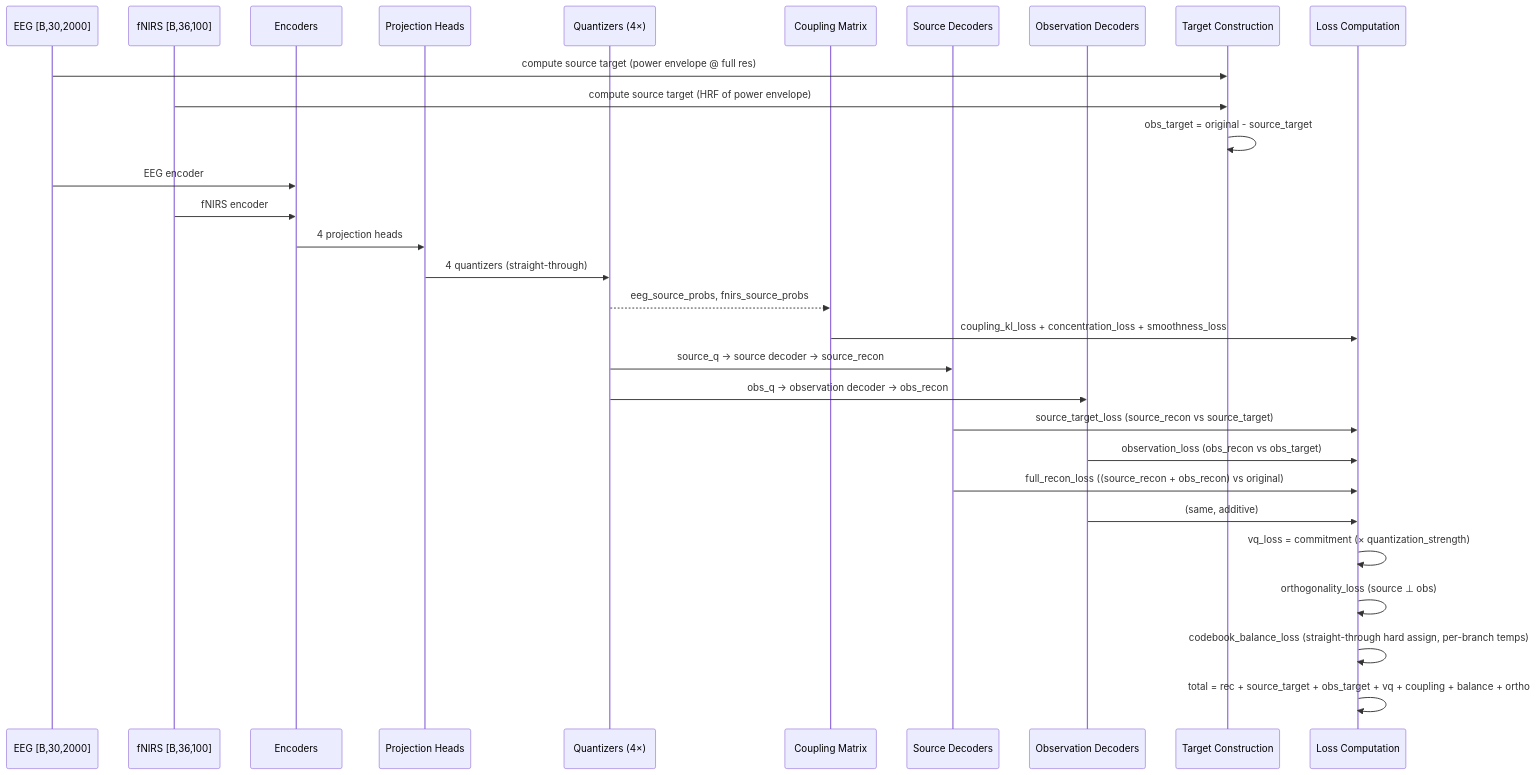
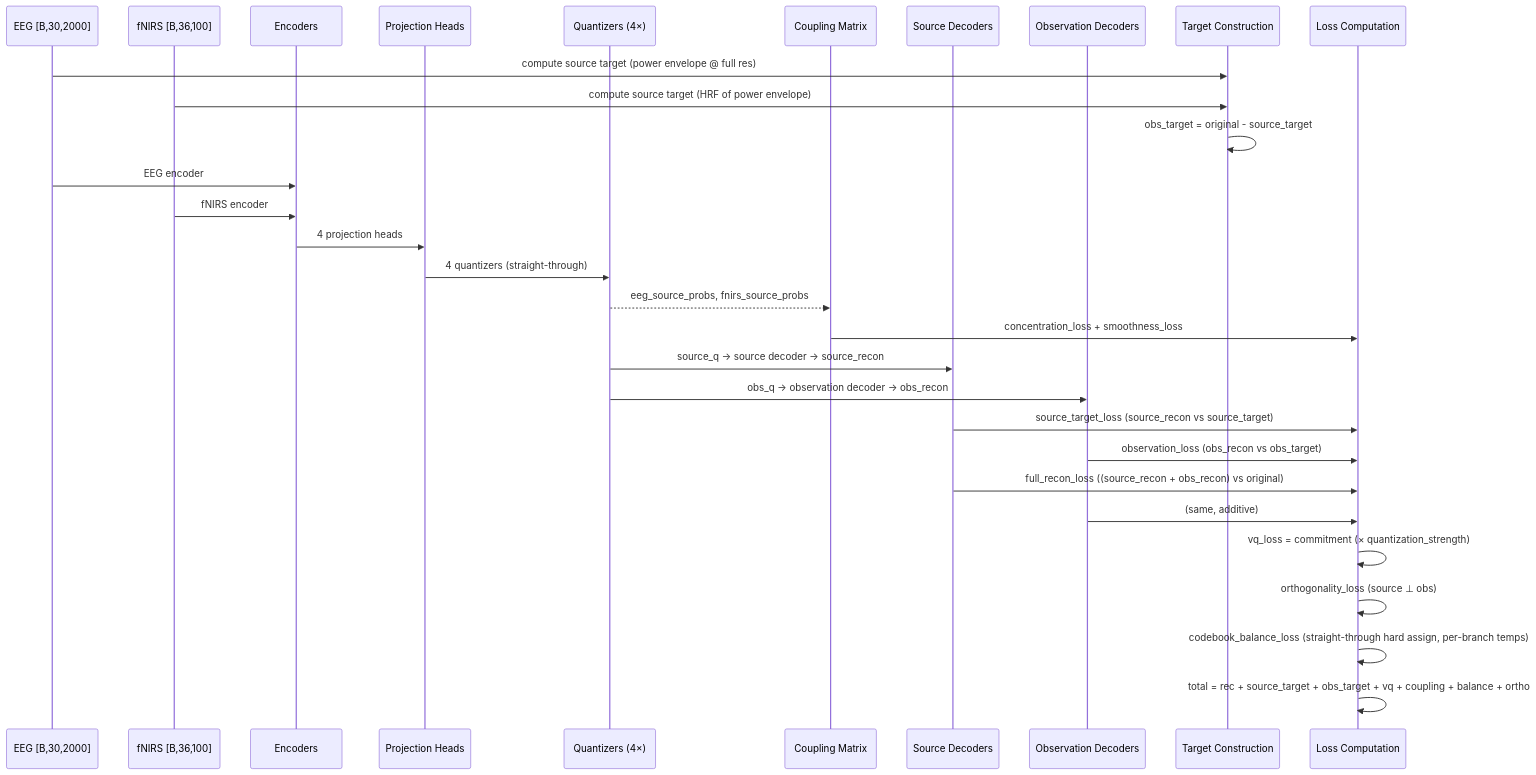
One commit to Kevin65536/PID-MCM changed the second of 3 diagrams in docs/ARCHITECTURE.md. Above: the diagram before and after it, drawn with Mermaid. The commit also changed other lines of this file and 1 other file, not shown here.

Commit message:
remove KL divergence defined coupling loss

````diff
--- a/docs/ARCHITECTURE.md
+++ b/docs/ARCHITECTURE.md
@@ -125,38 +125,38 @@
 ```mermaid
 sequenceDiagram
     participant EEG as EEG [B,30,2000]
     participant fNIRS as fNIRS [B,36,100]
     participant Enc as Encoders
     participant Proj as Projection Heads
     participant Quant as Quantizers (4×)
     participant Coup as Coupling Matrix
     participant DecS as Source Decoders
     participant DecO as Observation Decoders
     participant Target as Target Construction
     participant Loss as Loss Computation
 
     EEG->>Target: compute source target (power envelope @ full res)
     fNIRS->>Target: compute source target (HRF of power envelope)
     Target->>Target: obs_target = original - source_target
 
     EEG->>Enc: EEG encoder
     fNIRS->>Enc: fNIRS encoder
     Enc->>Proj: 4 projection heads
     Proj->>Quant: 4 quantizers (straight-through)
 
     Quant-->>Coup: eeg_source_probs, fnirs_source_probs
-    Coup->>Loss: coupling_kl_loss + concentration_loss + smoothness_loss
+    Coup->>Loss: concentration_loss + smoothness_loss
 
     Quant->>DecS: source_q → source decoder → source_recon
     Quant->>DecO: obs_q → observation decoder → obs_recon
 
     DecS->>Loss: source_target_loss (source_recon vs source_target)
     DecO->>Loss: observation_loss (obs_recon vs obs_target)
     DecS->>Loss: full_recon_loss ((source_recon + obs_recon) vs original)
     DecO->>Loss: (same, additive)
 
     Loss->>Loss: vq_loss = commitment (× quantization_strength)
     Loss->>Loss: orthogonality_loss (source ⊥ obs)
     Loss->>Loss: codebook_balance_loss (straight-through hard assign, per-branch temps)
     Loss->>Loss: total = rec + source_target + obs_target + vq + coupling + balance + ortho
 ```
````
